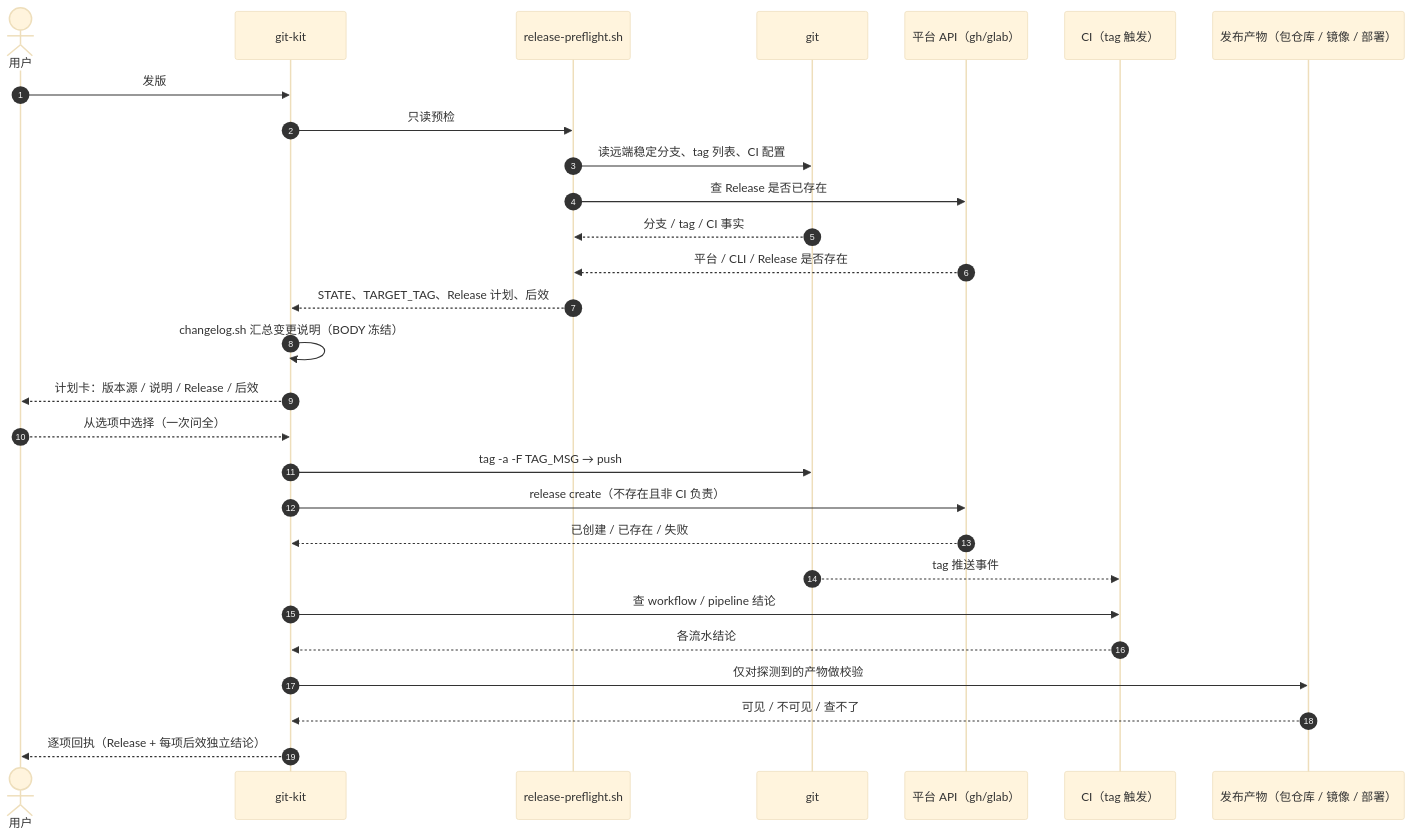
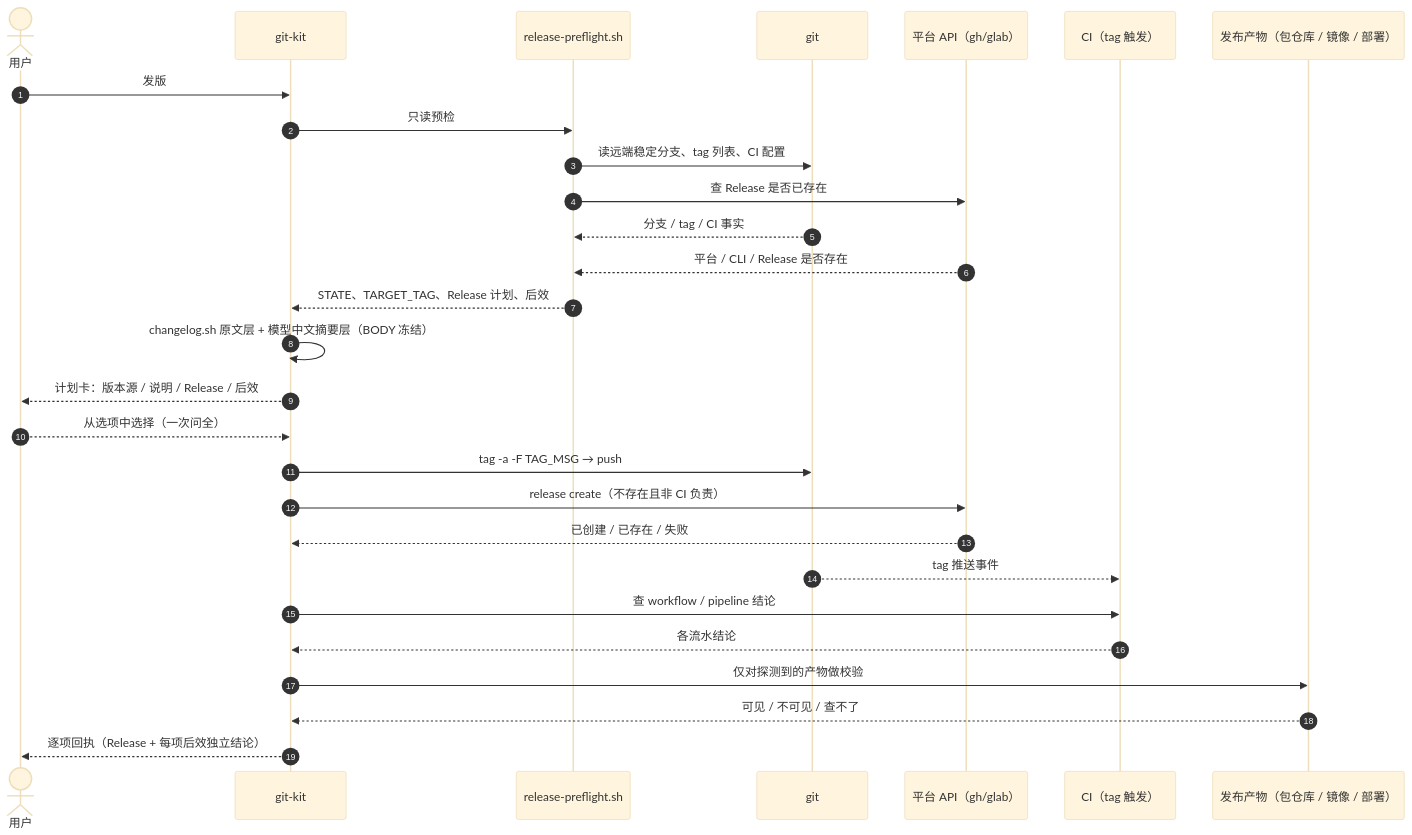
Before and after one commit to morehao/agent-skills: the seventh of 7 diagrams in docs/git-kit.md, drawn with Mermaid (base theme). The commit also changed other lines of this file and 5 other files, not shown here.

````diff
--- a/docs/git-kit.md
+++ b/docs/git-kit.md
@@ -300,31 +300,31 @@
 ```mermaid
 sequenceDiagram
     autonumber
     actor U as 用户
     participant A as git-kit
     participant PF as release-preflight.sh
     participant G as git
     participant H as 平台 API（gh/glab）
     participant CI as CI（tag 触发）
     participant E as 发布产物（包仓库 / 镜像 / 部署）
 
     U->>A: 发版
     A->>PF: 只读预检
     PF->>G: 读远端稳定分支、tag 列表、CI 配置
     PF->>H: 查 Release 是否已存在
     G-->>PF: 分支 / tag / CI 事实
     H-->>PF: 平台 / CLI / Release 是否存在
     PF-->>A: STATE、TARGET_TAG、Release 计划、后效
-    A->>A: changelog.sh 汇总变更说明（BODY 冻结）
+    A->>A: changelog.sh 原文层 + 模型中文摘要层（BODY 冻结）
     A-->>U: 计划卡：版本源 / 说明 / Release / 后效
     U-->>A: 从选项中选择（一次问全）
     A->>G: tag -a -F TAG_MSG → push
     A->>H: release create（不存在且非 CI 负责）
     H-->>A: 已创建 / 已存在 / 失败
     G-->>CI: tag 推送事件
     A->>CI: 查 workflow / pipeline 结论
     CI-->>A: 各流水结论
     A->>E: 仅对探测到的产物做校验
     E-->>A: 可见 / 不可见 / 查不了
     A-->>U: 逐项回执（Release + 每项后效独立结论）
 ```
````
